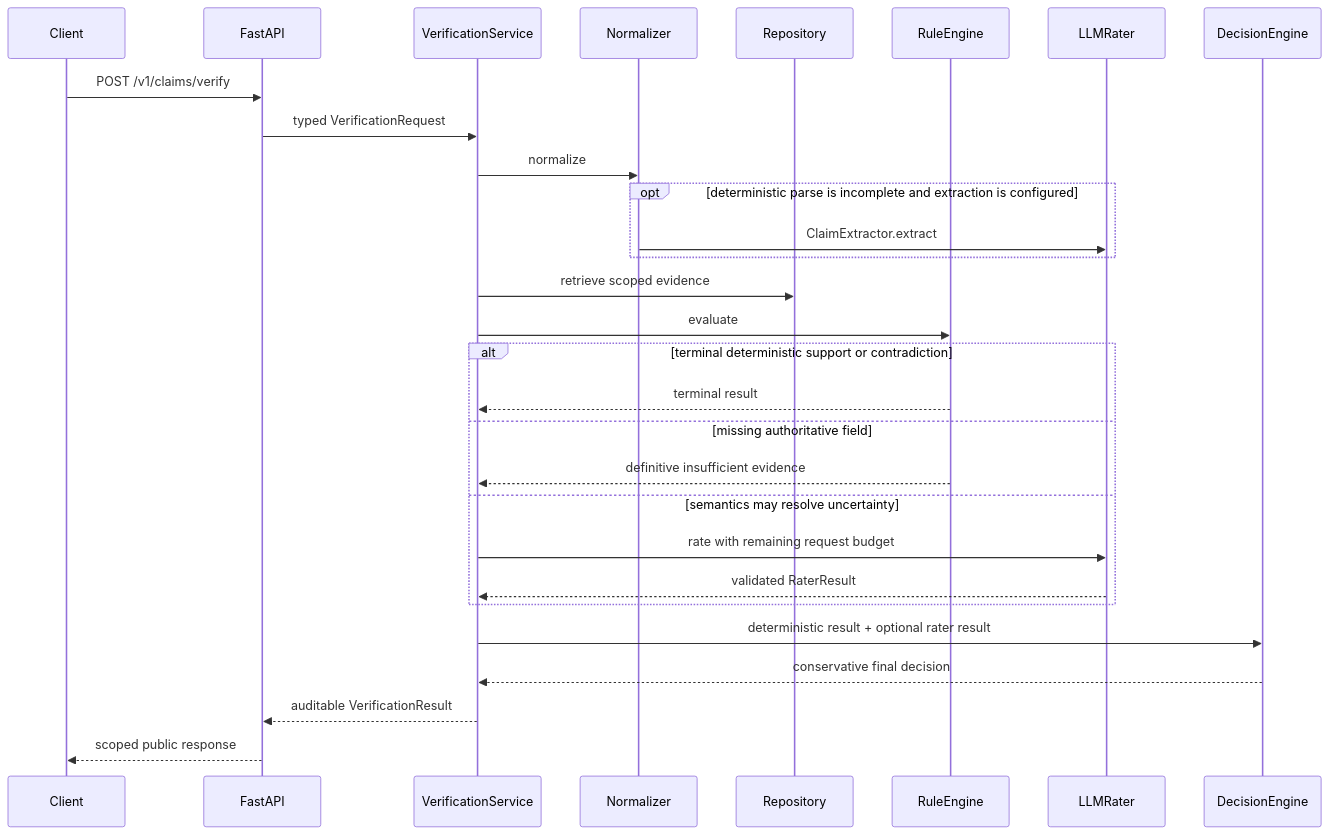
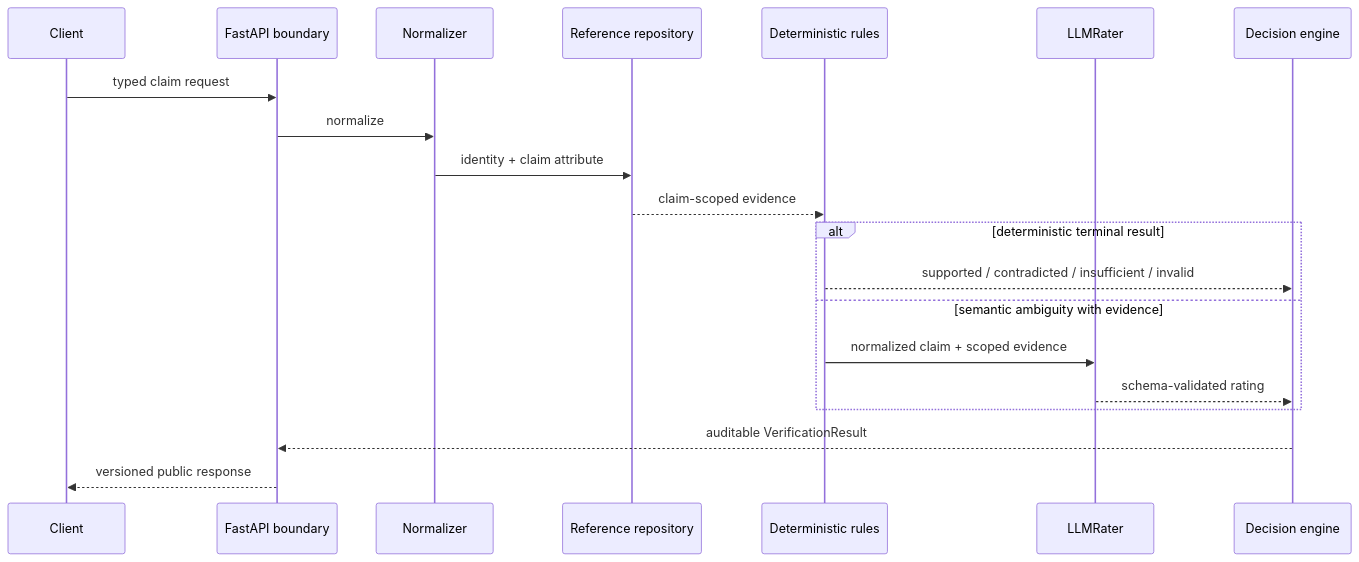
One commit to aakhya2511/Automated-Claim-Verification-Pipeline changed the diagram in docs/architecture.md. Above: the diagram before and after it, drawn with Mermaid. The commit also changed other lines of this file and 66 other files, not shown here.

````diff
--- a/docs/architecture.md
+++ b/docs/architecture.md
@@ -81,32 +6,22 @@
 ```mermaid
 sequenceDiagram
     participant Client
-    participant API as FastAPI
-    participant Service as VerificationService
-    participant Normalizer
-    participant Repository
-    participant Rules as RuleEngine
-    participant Rater as LLMRater
-    participant Decision as DecisionEngine
-
-    Client->>API: POST /v1/claims/verify
-    API->>Service: typed VerificationRequest
-    Service->>Normalizer: normalize
-    opt deterministic parse is incomplete and extraction is configured
-        Normalizer->>Rater: ClaimExtractor.extract
+    participant API as FastAPI boundary
+    participant N as Normalizer
+    participant R as Reference repository
+    participant D as Deterministic rules
+    participant L as LLMRater
+    participant X as Decision engine
+    Client->>API: typed claim request
+    API->>N: normalize
+    N->>R: identity + claim attribute
+    R-->>D: claim-scoped evidence
+    alt deterministic terminal result
+        D-->>X: supported / contradicted / insufficient / invalid
+    else semantic ambiguity with evidence
+        D->>L: normalized claim + scoped evidence
+        L-->>X: schema-validated rating
     end
-    Service->>Repository: retrieve scoped evidence
-    Service->>Rules: evaluate
-    alt terminal deterministic support or contradiction
-        Rules-->>Service: terminal result
-    else missing authoritative field
-        Rules-->>Service: definitive insufficient evidence
-    else semantics may resolve uncertainty
-        Service->>Rater: rate with remaining request budget
-        Rater-->>Service: validated RaterResult
-    end
-    Service->>Decision: deterministic result + optional rater result
-    Decision-->>Service: conservative final decision
-    Service-->>API: auditable VerificationResult
-    API-->>Client: scoped public response
+    X-->>API: auditable VerificationResult
+    API-->>Client: versioned public response
 ```
````
